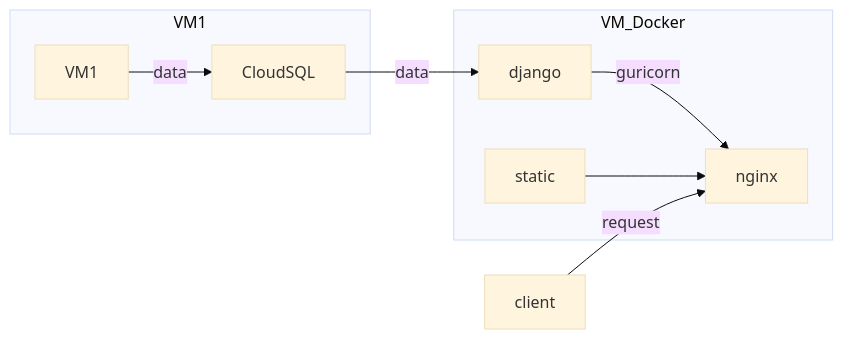
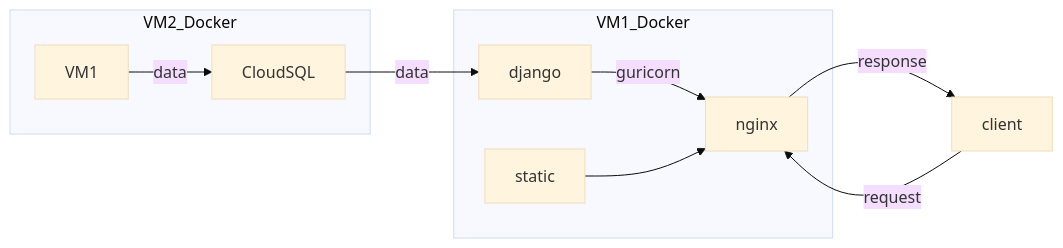
The diagram in docs/menu7-project/menu7-sub1-web/menu7-sub1-sub1-design.md (merucode/merucode.github.io), drawn with Mermaid (base theme) before and after one commit. The commit also changed 1 other file, not shown here.

````diff
--- a/docs/menu7-project/menu7-sub1-web/menu7-sub1-sub1-design.md
+++ b/docs/menu7-project/menu7-sub1-web/menu7-sub1-sub1-design.md
@@ -13,12 +13,13 @@
 ```mermaid
 flowchart LR
-    subgraph VM1 
+    subgraph VM2_Docker 
     a1[VM1]--data-->a2[CloudSQL]
     end
     a2--"data"-->b1
-    subgraph VM_Docker
+    subgraph VM1_Docker
     b1[django]--guricorn-->b2[nginx]
-    b3[static]-->b2[nginx]
+    b3[static]-->b2
     end
-    c1[client]--request-->b2[nginx]
+    c1[client]--request-->b2
+    b2--response-->c1
 ```
````
